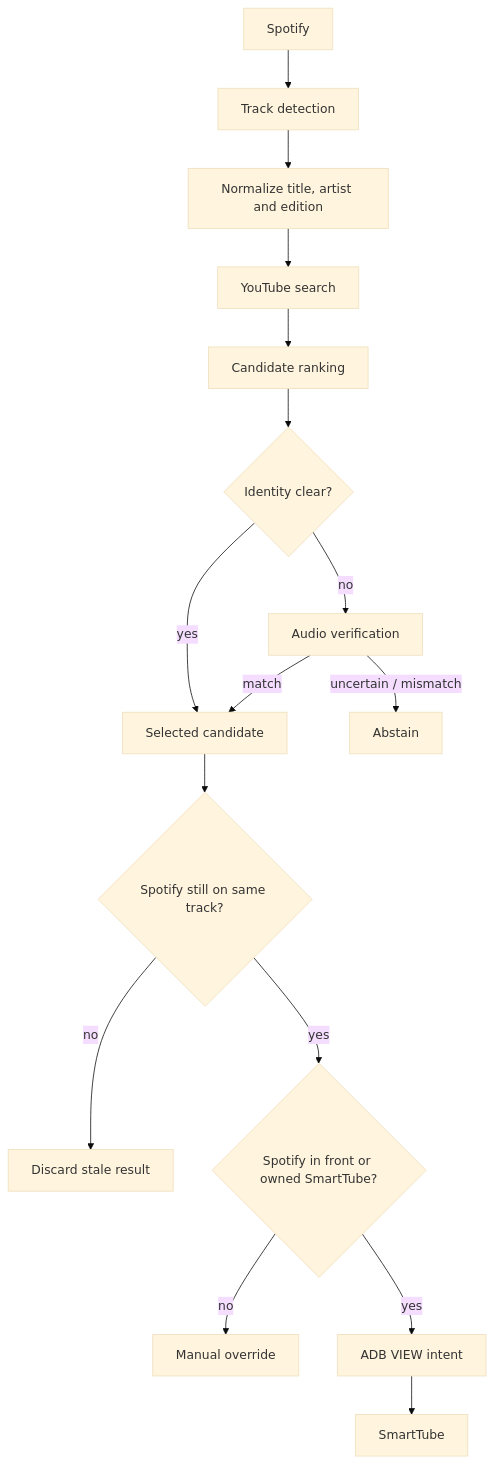
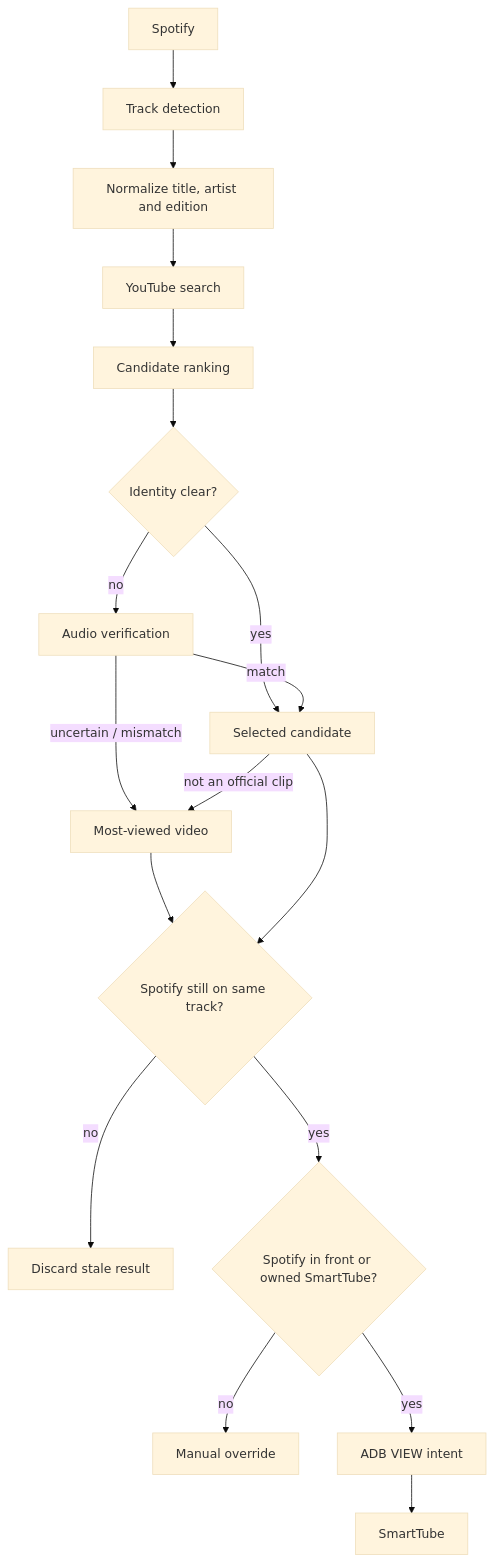
The diagram in README.md (searadacunha/Spotify-With-Youtube), drawn with Mermaid (base theme) before and after one commit. The commit also changed other lines of this file and 16 other files, not shown here.

````diff
--- a/README.md
+++ b/README.md
@@ -311,18 +310,20 @@
 ```mermaid
 flowchart TD
     S[Spotify] --> D[Track detection]
     D --> N[Normalize title, artist and edition]
     N --> Y[YouTube search]
     Y --> R[Candidate ranking]
     R --> A{Identity clear?}
     A -->|yes| V[Selected candidate]
     A -->|no| C[Audio verification]
     C -->|match| V
-    C -->|uncertain / mismatch| X[Abstain]
+    C -->|uncertain / mismatch| X[Most-viewed video]
+    V -->|not an official clip| X
+    X --> ST
     V --> ST{Spotify still on same track?}
     ST -->|no| stale[Discard stale result]
     ST -->|yes| G{Spotify in front or owned SmartTube?}
     G -->|no| M[Manual override]
     G -->|yes| I[ADB VIEW intent]
     I --> TV[SmartTube]
 ```
````
